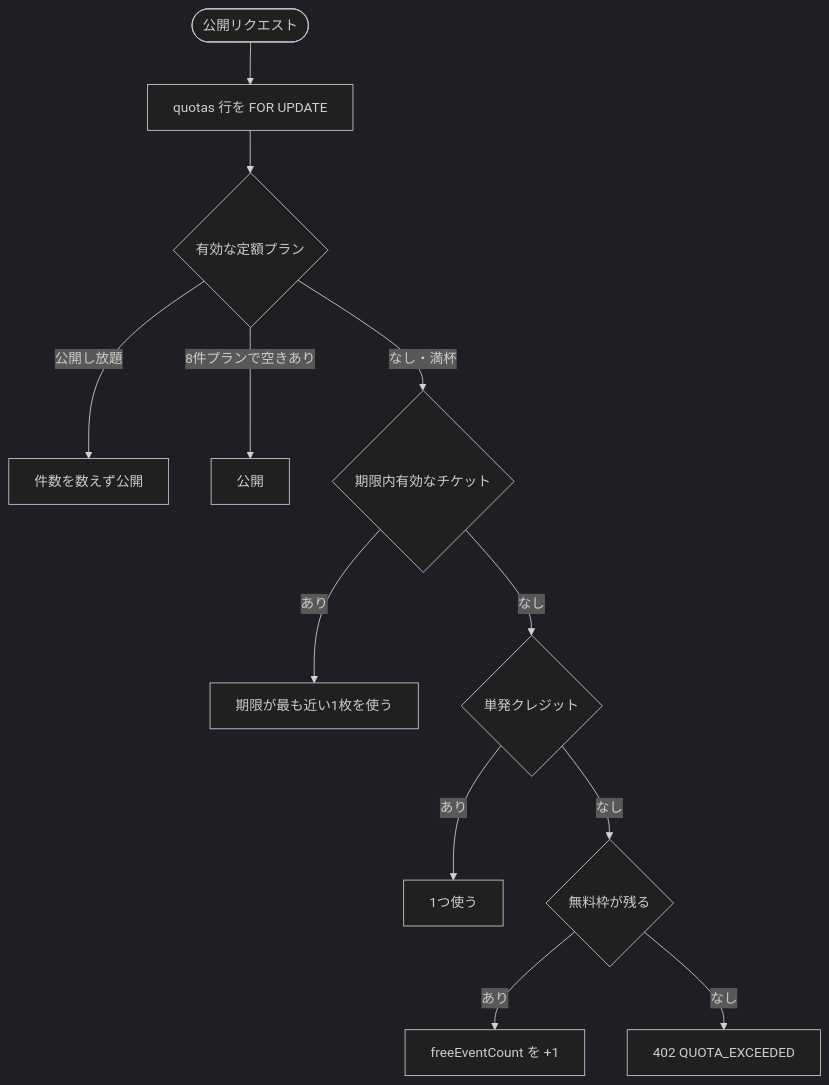
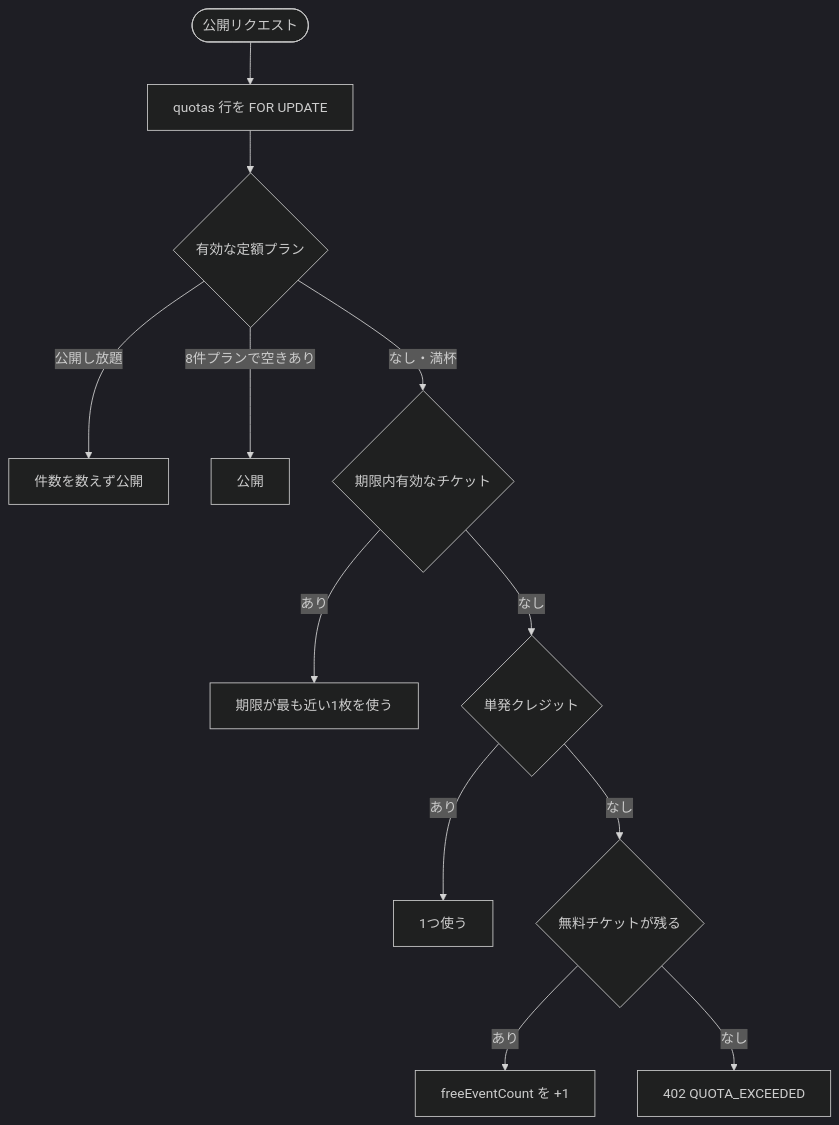
The diagram in docs/issues/free-ticket-and-referral.md (HirofumiSato/EventKreater), drawn with Mermaid (dark theme) before and after one commit. The commit also changed other lines of this file and 105 other files, not shown here.

````diff
--- a/docs/issues/free-ticket-and-referral.md
+++ b/docs/issues/free-ticket-and-referral.md
@@ -142,14 +142,14 @@
 ```mermaid
 flowchart TD
     Start(["公開リクエスト"]) --> Lock["quotas 行を FOR UPDATE"]
     Lock --> Sub{"有効な定額プラン"}
     Sub -->|"公開し放題"| Unlimited["件数を数えず公開"]
     Sub -->|"8件プランで空きあり"| Monthly8["公開"]
     Sub -->|"なし・満杯"| Ticket{"期限内有効なチケット"}
     Ticket -->|"あり"| UseTicket["期限が最も近い1枚を使う"]
     Ticket -->|"なし"| Credit{"単発クレジット"}
     Credit -->|"あり"| UseCredit["1つ使う"]
-    Credit -->|"なし"| Free{"無料枠が残る"}
+    Credit -->|"なし"| Free{"無料チケットが残る"}
     Free -->|"あり"| UseFree["freeEventCount を +1"]
     Free -->|"なし"| Show402["402 QUOTA_EXCEEDED"]
 ```
````
